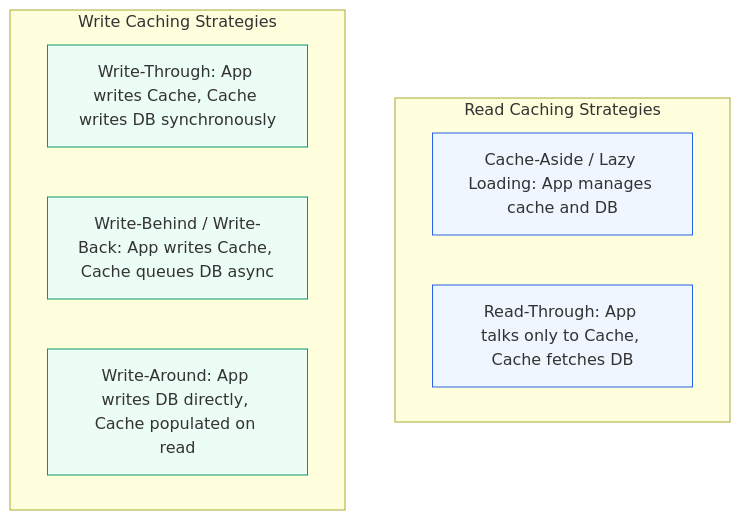
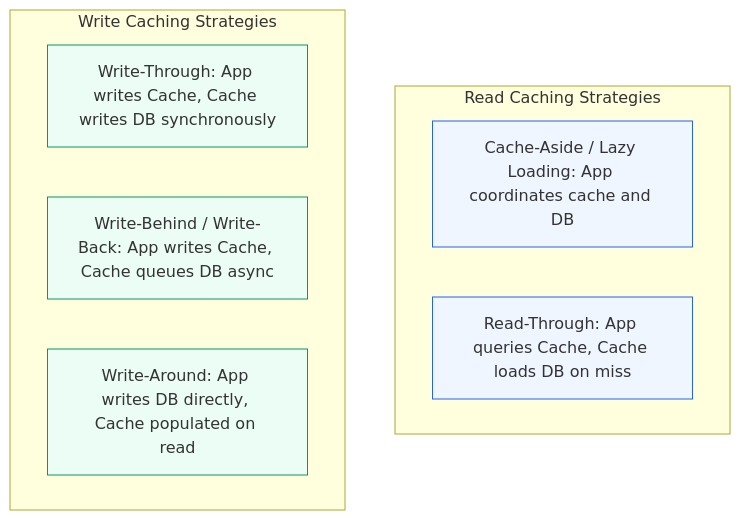
Before and after one commit to kvai9826/system-design-for-program-managers: the second of 4 diagrams in 01-foundations/03-caching-strategies.md, drawn with Mermaid. The commit also changed other lines of this file and 30 other files, not shown here.

````diff
--- a/01-foundations/03-caching-strategies.md
+++ b/01-foundations/03-caching-strategies.md
@@ -30,20 +34,20 @@
 ```mermaid
 flowchart TD
     subgraph ReadPatterns [Read Caching Strategies]
         direction LR
-        CA[Cache-Aside / Lazy Loading: App manages cache and DB]
-        RT[Read-Through: App talks only to Cache, Cache fetches DB]
+        CA[Cache-Aside / Lazy Loading: App coordinates cache and DB]
+        RT[Read-Through: App queries Cache, Cache loads DB on miss]
     end
 
     subgraph WritePatterns [Write Caching Strategies]
         direction LR
         WT[Write-Through: App writes Cache, Cache writes DB synchronously]
         WB[Write-Behind / Write-Back: App writes Cache, Cache queues DB async]
         WA[Write-Around: App writes DB directly, Cache populated on read]
     end
 
     classDef rstyle fill:#eff6ff,stroke:#2563eb,stroke-width:1px;
     classDef wstyle fill:#ecfdf5,stroke:#059669,stroke-width:1px;
     class CA,RT rstyle;
     class WT,WB,WA wstyle;
 ```
````
